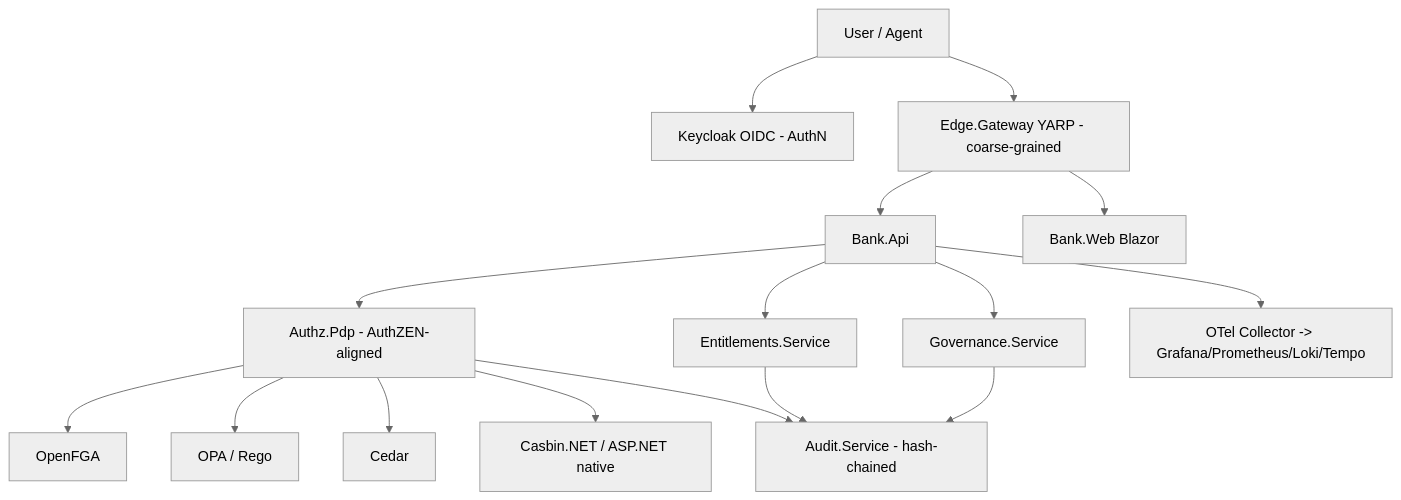
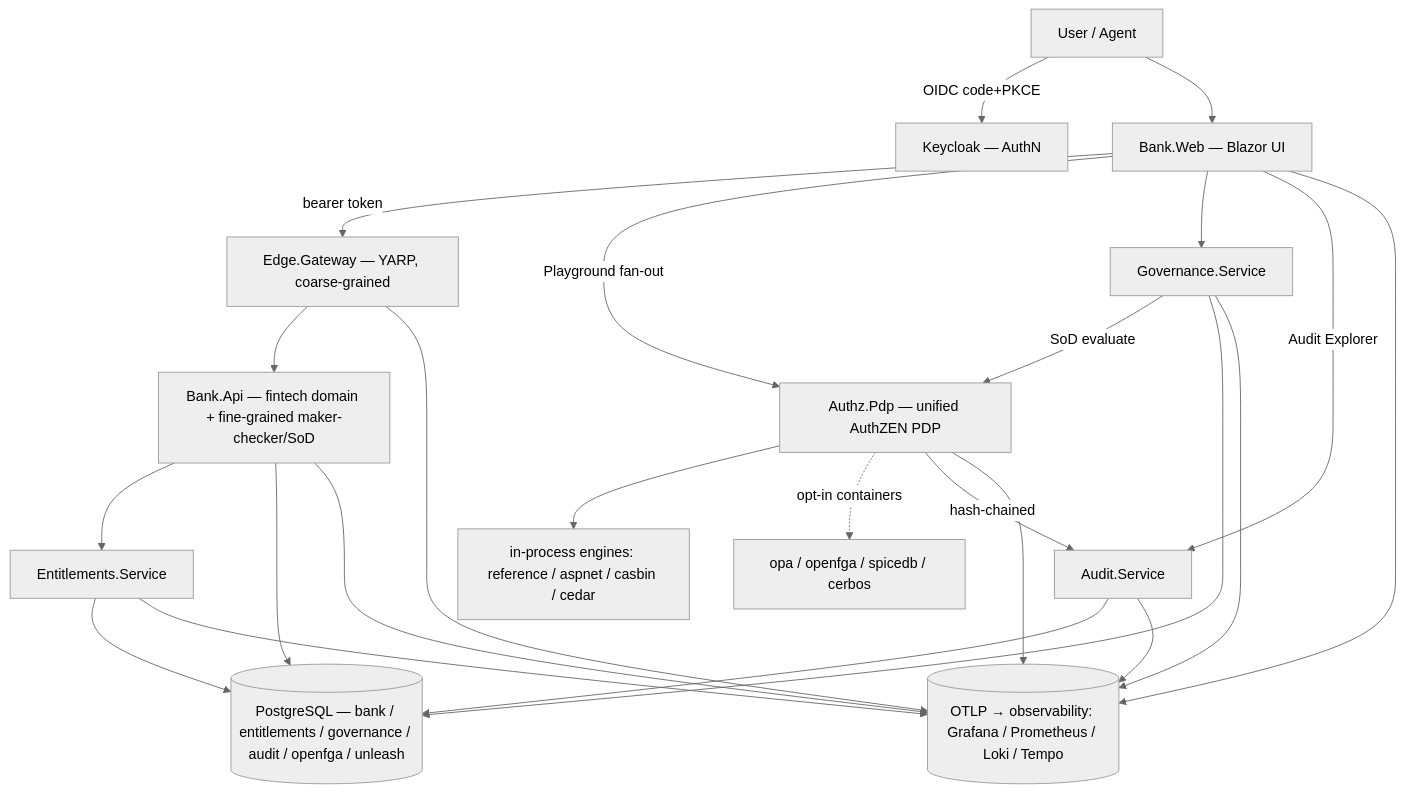
One commit to henrik-me/authzandentitlements changed the first of 5 diagrams in ARCHITECTURE.md. Above: the diagram before and after it, drawn with Mermaid (neutral theme). The commit also changed other lines of this file and 3 other files, not shown here.

````diff
--- a/ARCHITECTURE.md
+++ b/ARCHITECTURE.md
@@ -26,18 +38,26 @@
 ```mermaid
 graph TD
-  U[User / Agent] --> KC[Keycloak OIDC - AuthN]
-  U --> EG[Edge.Gateway YARP - coarse-grained]
-  EG --> API[Bank.Api]
-  EG --> WEB[Bank.Web Blazor]
-  API --> PDP[Authz.Pdp - AuthZEN-aligned]
-  PDP --> OFGA[OpenFGA]
-  PDP --> OPA[OPA / Rego]
-  PDP --> CED[Cedar]
-  PDP --> CAS[Casbin.NET / ASP.NET native]
+  U[User / Agent] -->|OIDC code+PKCE| KC[Keycloak — AuthN]
+  U --> WEB[Bank.Web — Blazor UI]
+  WEB -->|bearer token| EG[Edge.Gateway — YARP, coarse-grained]
+  EG --> API[Bank.Api — fintech domain + fine-grained maker-checker/SoD]
   API --> ENT[Entitlements.Service]
-  API --> GOV[Governance.Service]
-  PDP --> AUD[Audit.Service - hash-chained]
-  ENT --> AUD
-  GOV --> AUD
-  API --> OTEL[OTel Collector -> Grafana/Prometheus/Loki/Tempo]
+  WEB -->|Playground fan-out| PDP[Authz.Pdp — unified AuthZEN PDP]
+  WEB --> GOV[Governance.Service]
+  GOV -->|SoD evaluate| PDP
+  PDP --> INP[in-process engines: reference / aspnet / casbin / cedar]
+  PDP -. opt-in containers .-> OUT[opa / openfga / spicedb / cerbos]
+  PDP -->|hash-chained| AUD[Audit.Service]
+  WEB -->|Audit Explorer| AUD
+  API --> PG[(PostgreSQL — bank / entitlements / governance / audit / openfga / unleash)]
+  ENT --> PG
+  GOV --> PG
+  AUD --> PG
+  API --> OBS[(OTLP → observability: Grafana / Prometheus / Loki / Tempo)]
+  PDP --> OBS
+  EG --> OBS
+  ENT --> OBS
+  GOV --> OBS
+  AUD --> OBS
+  WEB --> OBS
 ```
````
